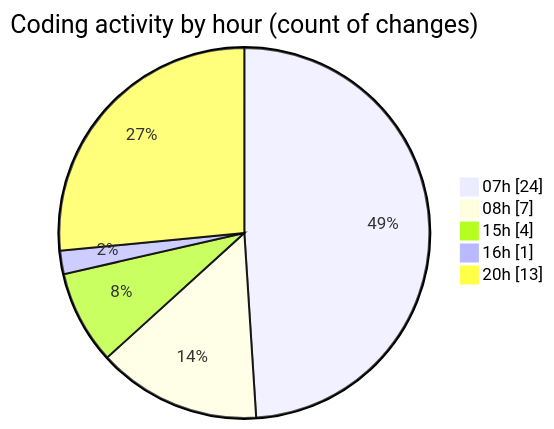
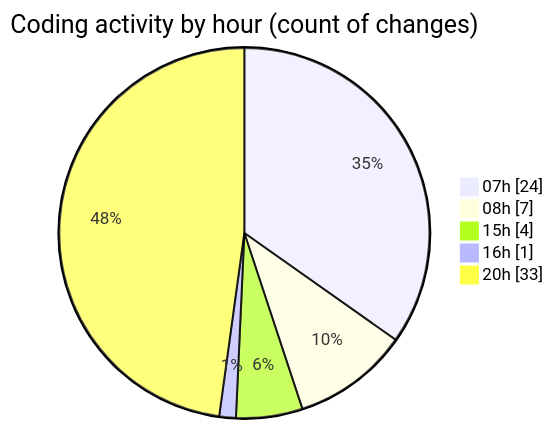
Before and after one commit to robertbonfada/code-tracking: the second of 2 diagrams in 2025-03-10/mbc-web/README.md, drawn with Mermaid. The commit also changed other lines of this file and 1 other file, not shown here.

````diff
--- a/2025-03-10/mbc-web/README.md
+++ b/2025-03-10/mbc-web/README.md
@@ -41,9 +53,9 @@
 ```mermaid
 pie showData
 title Coding activity by hour (count of changes)
 "07h" : 24
 "08h" : 7
 "15h" : 4
 "16h" : 1
-"20h" : 13
+"20h" : 33
 ```
````
